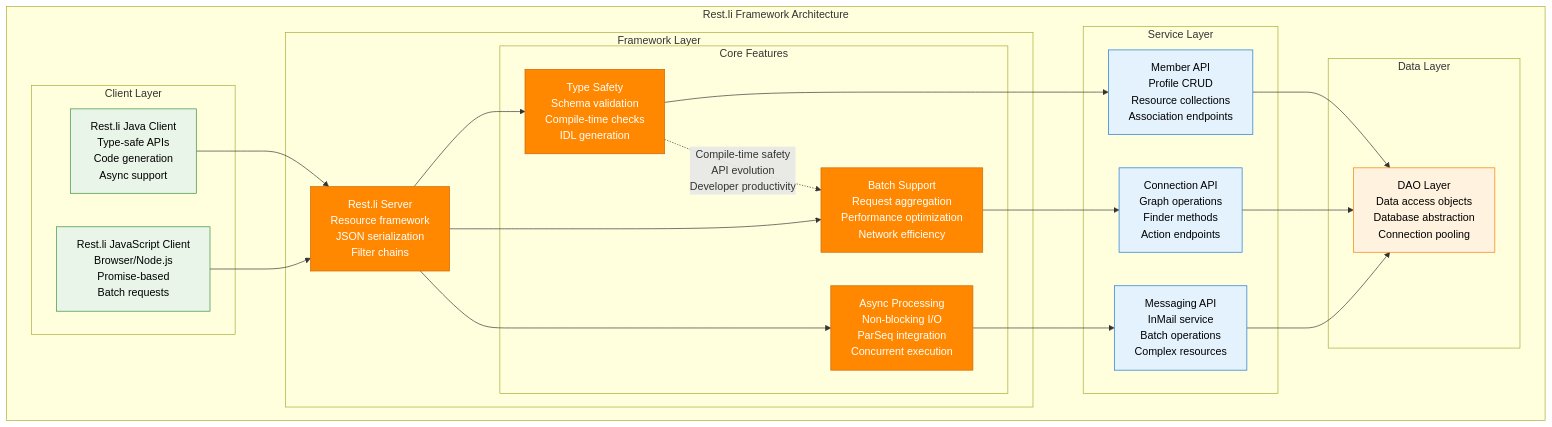
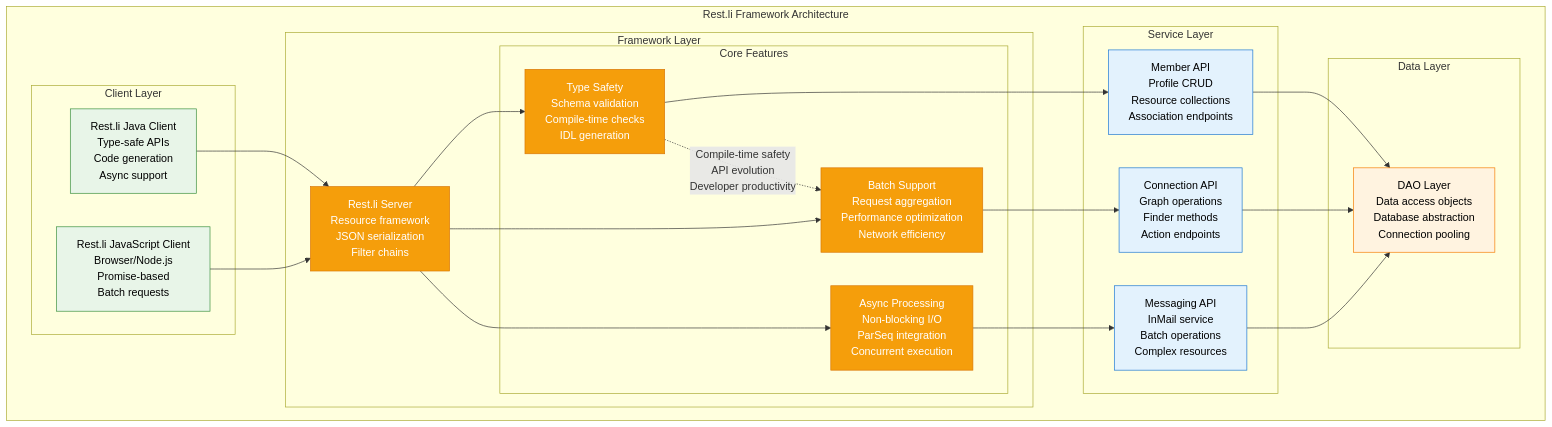
The ninth of 11 diagrams in site/docs/systems/linkedin/novel-solutions.md (deepaucksharma/DS), drawn with Mermaid before and after one commit. The commit also changed other lines of this file and 303 other files, not shown here.

````diff
--- a/site/docs/systems/linkedin/novel-solutions.md
+++ b/site/docs/systems/linkedin/novel-solutions.md
@@ -440,57 +440,57 @@
 ```mermaid
 graph TB
     subgraph RestLiFramework[Rest.li Framework Architecture]
         subgraph ClientLayer[Client Layer]
             JAVA_CLIENT[Rest.li Java Client<br/>Type-safe APIs<br/>Code generation<br/>Async support]
             JAVASCRIPT_CLIENT[Rest.li JavaScript Client<br/>Browser/Node.js<br/>Promise-based<br/>Batch requests]
         end
 
         subgraph FrameworkLayer[Framework Layer]
             REST_LI_SERVER[Rest.li Server<br/>Resource framework<br/>JSON serialization<br/>Filter chains]
 
             subgraph CoreFeatures[Core Features]
                 TYPE_SAFETY[Type Safety<br/>Schema validation<br/>Compile-time checks<br/>IDL generation]
                 BATCH_SUPPORT[Batch Support<br/>Request aggregation<br/>Performance optimization<br/>Network efficiency]
                 ASYNC_PROCESSING[Async Processing<br/>Non-blocking I/O<br/>ParSeq integration<br/>Concurrent execution]
             end
         end
 
         subgraph ServiceLayer[Service Layer]
             MEMBER_API[Member API<br/>Profile CRUD<br/>Resource collections<br/>Association endpoints]
             CONNECTION_API[Connection API<br/>Graph operations<br/>Finder methods<br/>Action endpoints]
             MESSAGING_API[Messaging API<br/>InMail service<br/>Batch operations<br/>Complex resources]
         end
 
         subgraph DataLayer[Data Layer]
             DAO_LAYER[DAO Layer<br/>Data access objects<br/>Database abstraction<br/>Connection pooling]
         end
     end
 
     JAVA_CLIENT --> REST_LI_SERVER
     JAVASCRIPT_CLIENT --> REST_LI_SERVER
 
     REST_LI_SERVER --> TYPE_SAFETY
     REST_LI_SERVER --> BATCH_SUPPORT
     REST_LI_SERVER --> ASYNC_PROCESSING
 
     TYPE_SAFETY --> MEMBER_API
     BATCH_SUPPORT --> CONNECTION_API
     ASYNC_PROCESSING --> MESSAGING_API
 
     MEMBER_API --> DAO_LAYER
     CONNECTION_API --> DAO_LAYER
     MESSAGING_API --> DAO_LAYER
 
     %% Framework benefits
     TYPE_SAFETY -.->|"Compile-time safety<br/>API evolution<br/>Developer productivity"| BATCH_SUPPORT
 
     classDef clientStyle fill:#E8F5E8,stroke:#388E3C,color:#000
-    classDef frameworkStyle fill:#FF8800,stroke:#CC6600,color:#fff
+    classDef frameworkStyle fill:#F59E0B,stroke:#D97706,color:#fff
     classDef serviceStyle fill:#E3F2FD,stroke:#1976D2,color:#000
     classDef dataStyle fill:#FFF3E0,stroke:#F57C00,color:#000
 
     class JAVA_CLIENT,JAVASCRIPT_CLIENT clientStyle
     class REST_LI_SERVER,TYPE_SAFETY,BATCH_SUPPORT,ASYNC_PROCESSING frameworkStyle
     class MEMBER_API,CONNECTION_API,MESSAGING_API serviceStyle
     class DAO_LAYER dataStyle
 ```
````
